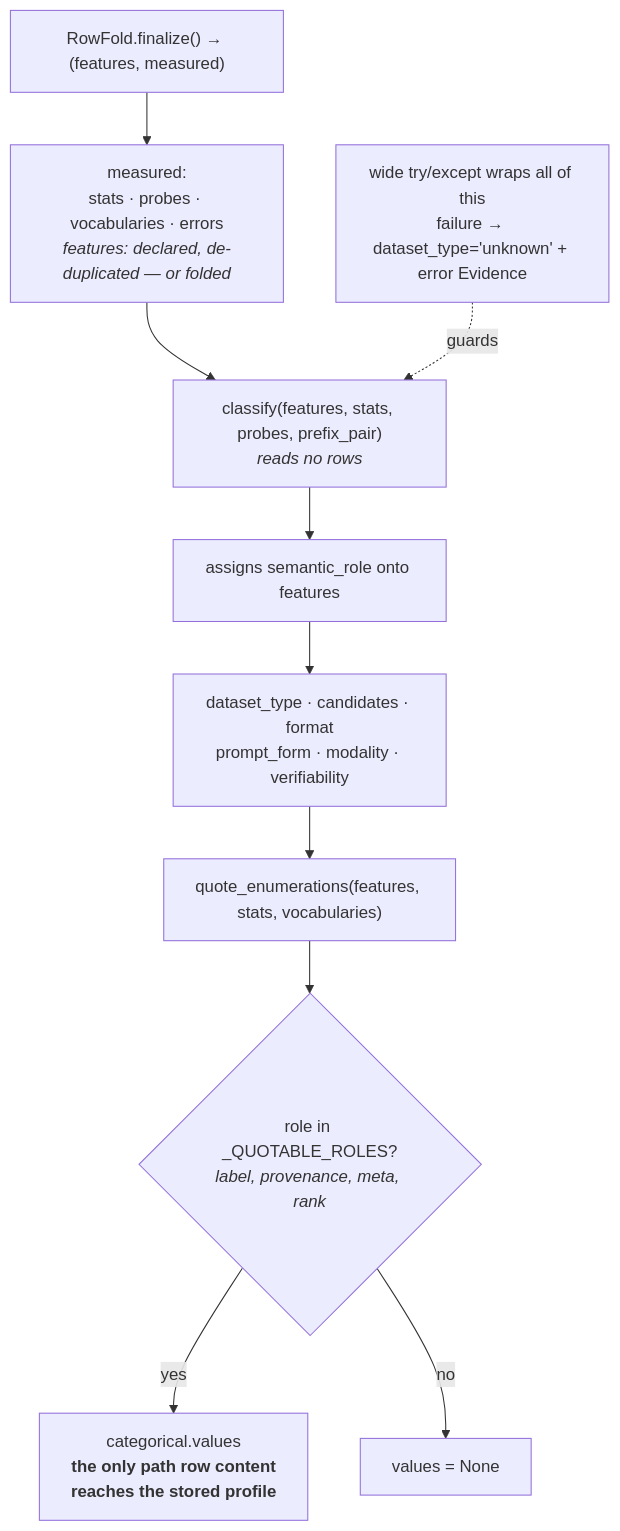
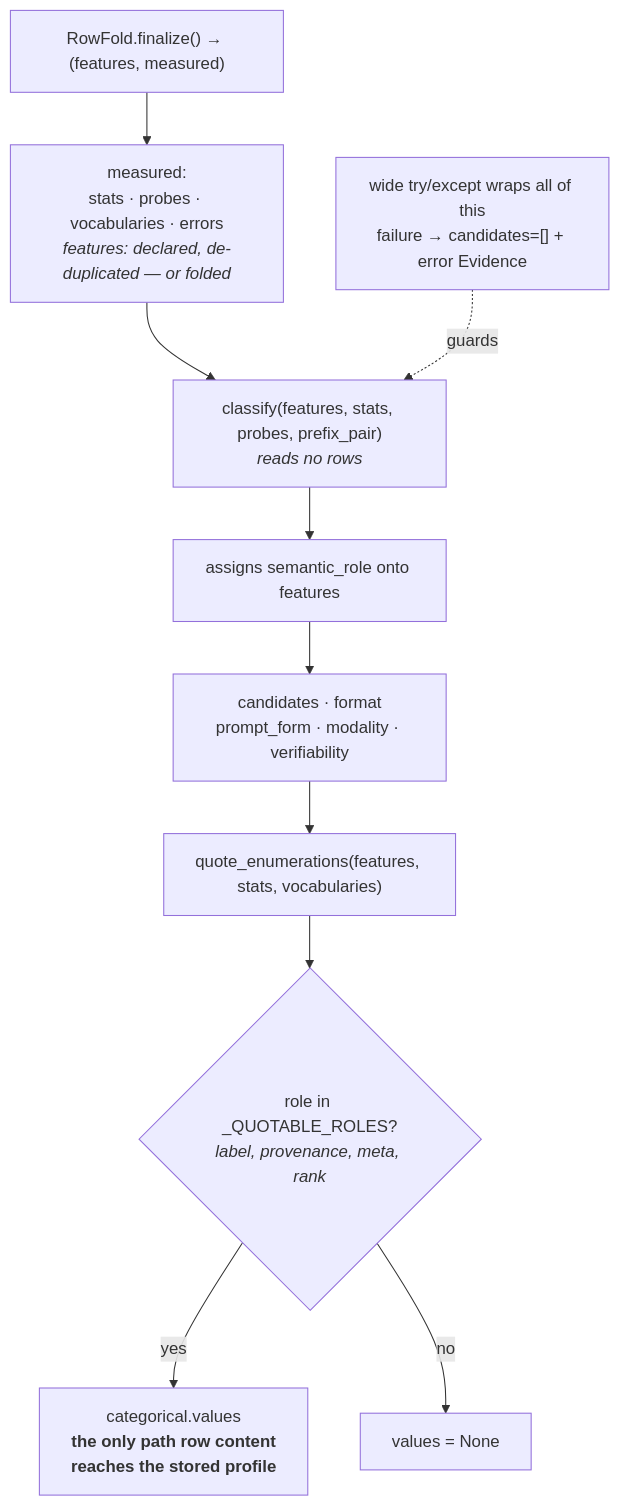
Before and after one commit to NVIDIA-NeMo/nemo-platform: the third of 3 diagrams in plugins/nemo-datasets/README.md, drawn with Mermaid. The commit also changed other lines of this file and 7 other files, not shown here.

````diff
--- a/plugins/nemo-datasets/README.md
+++ b/plugins/nemo-datasets/README.md
@@ -507,17 +507,17 @@
 ```mermaid
 flowchart TD
     FIN["RowFold.finalize() → (features, measured)"]
     FIN --> M["measured:<br/>stats · probes · vocabularies · errors<br/><i>features: declared, de-duplicated — or folded</i>"]
 
     M --> CLS["classify(features, stats, probes, prefix_pair)<br/><i>reads no rows</i>"]
     CLS --> ROLES["assigns semantic_role onto features"]
-    ROLES --> AXES["dataset_type · candidates · format<br/>prompt_form · modality · verifiability"]
+    ROLES --> AXES["candidates · format<br/>prompt_form · modality · verifiability"]
 
     AXES --> QUOTE["quote_enumerations(features, stats, vocabularies)"]
     QUOTE --> GATE{"role in _QUOTABLE_ROLES?<br/><i>label, provenance, meta, rank</i>"}
     GATE -->|"yes"| VALS["categorical.values<br/><b>the only path row content<br/>reaches the stored profile</b>"]
     GATE -->|"no"| NONE["values = None"]
 
-    GUARD["wide try/except wraps all of this<br/>failure → dataset_type='unknown' + error Evidence"]
+    GUARD["wide try/except wraps all of this<br/>failure → candidates=[] + error Evidence"]
     GUARD -.->|"guards"| CLS
 ```
````
